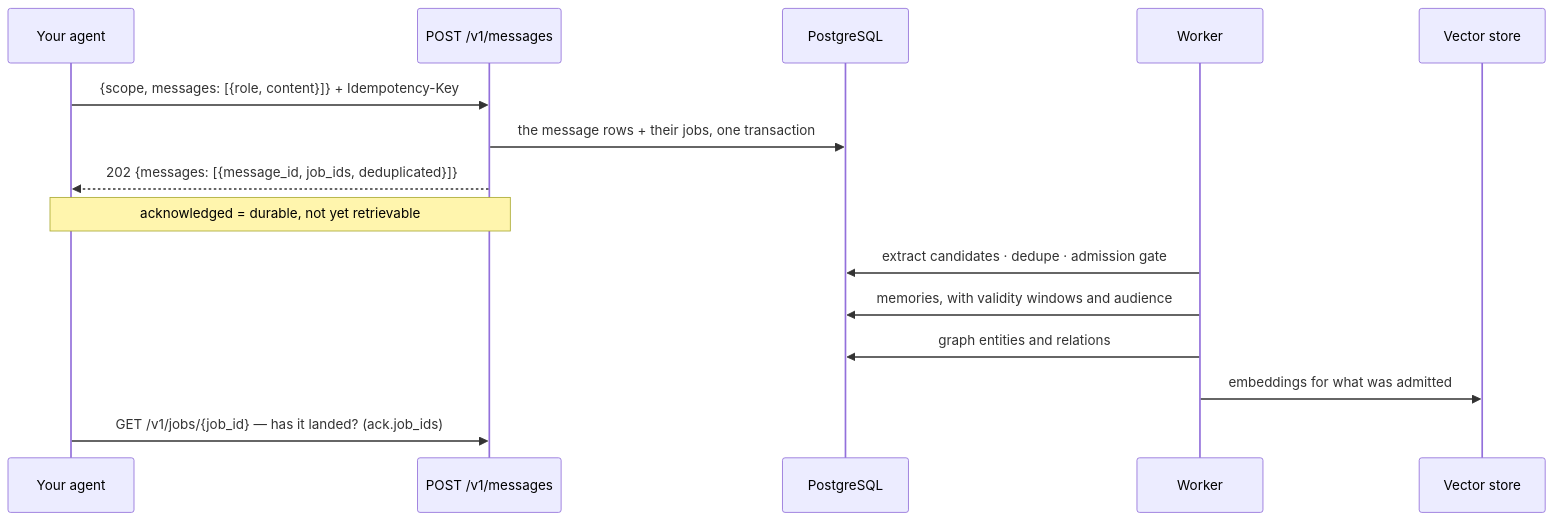
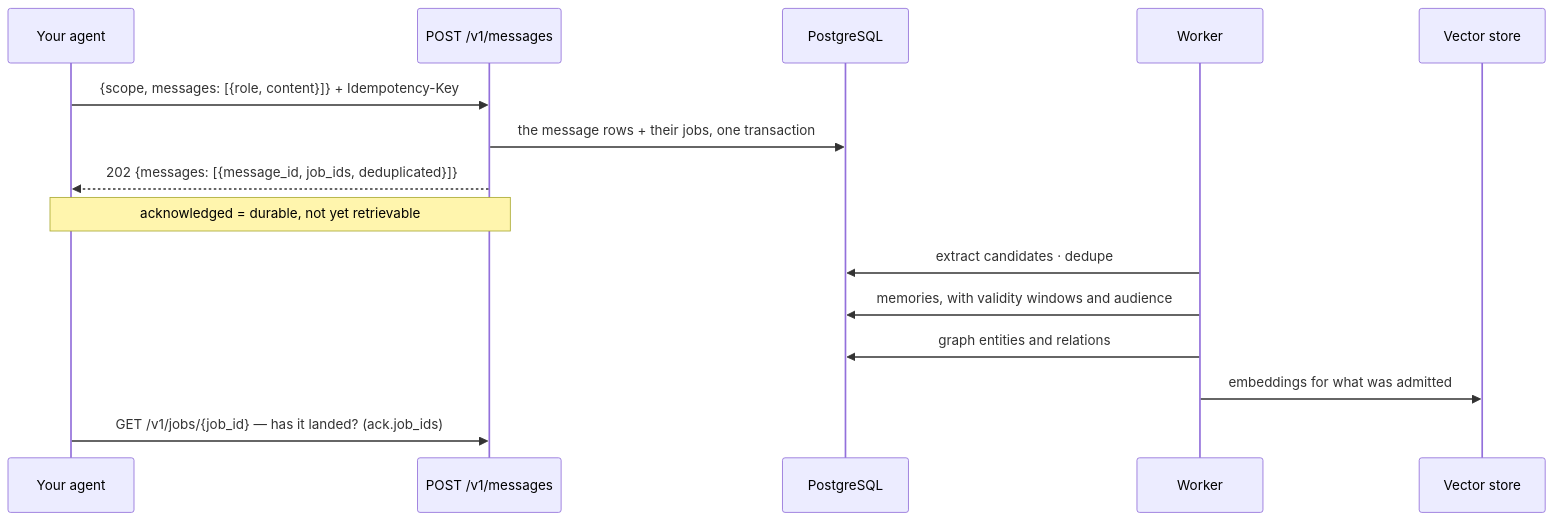
One commit to amitmohapatra/agent-memory-service changed the diagram in docs/api/memory.md. Above: the diagram before and after it, drawn with Mermaid. The commit also changed other lines of this file and 5 other files, not shown here.

First line of the commit message:
Docs follow the code: models table, admission gate, graph enrichment, ADR amendments

````diff
--- a/docs/api/memory.md
+++ b/docs/api/memory.md
@@ -12,17 +12,17 @@
 ```mermaid
 sequenceDiagram
   participant A as Your agent
   participant API as POST /v1/messages
   participant DB as PostgreSQL
   participant W as Worker
   participant V as Vector store
   A->>API: {scope, messages: [{role, content}]}  + Idempotency-Key
   API->>DB: the message rows + their jobs, one transaction
   API-->>A: 202 {messages: [{message_id, job_ids, deduplicated}]}
   Note over API,A: acknowledged = durable, not yet retrievable
-  W->>DB: extract candidates · dedupe · admission gate
+  W->>DB: extract candidates · dedupe
   W->>DB: memories, with validity windows and audience
   W->>DB: graph entities and relations
   W->>V: embeddings for what was admitted
   A->>API: GET /v1/jobs/{job_id} — has it landed? (ack.job_ids)
 ```
````
